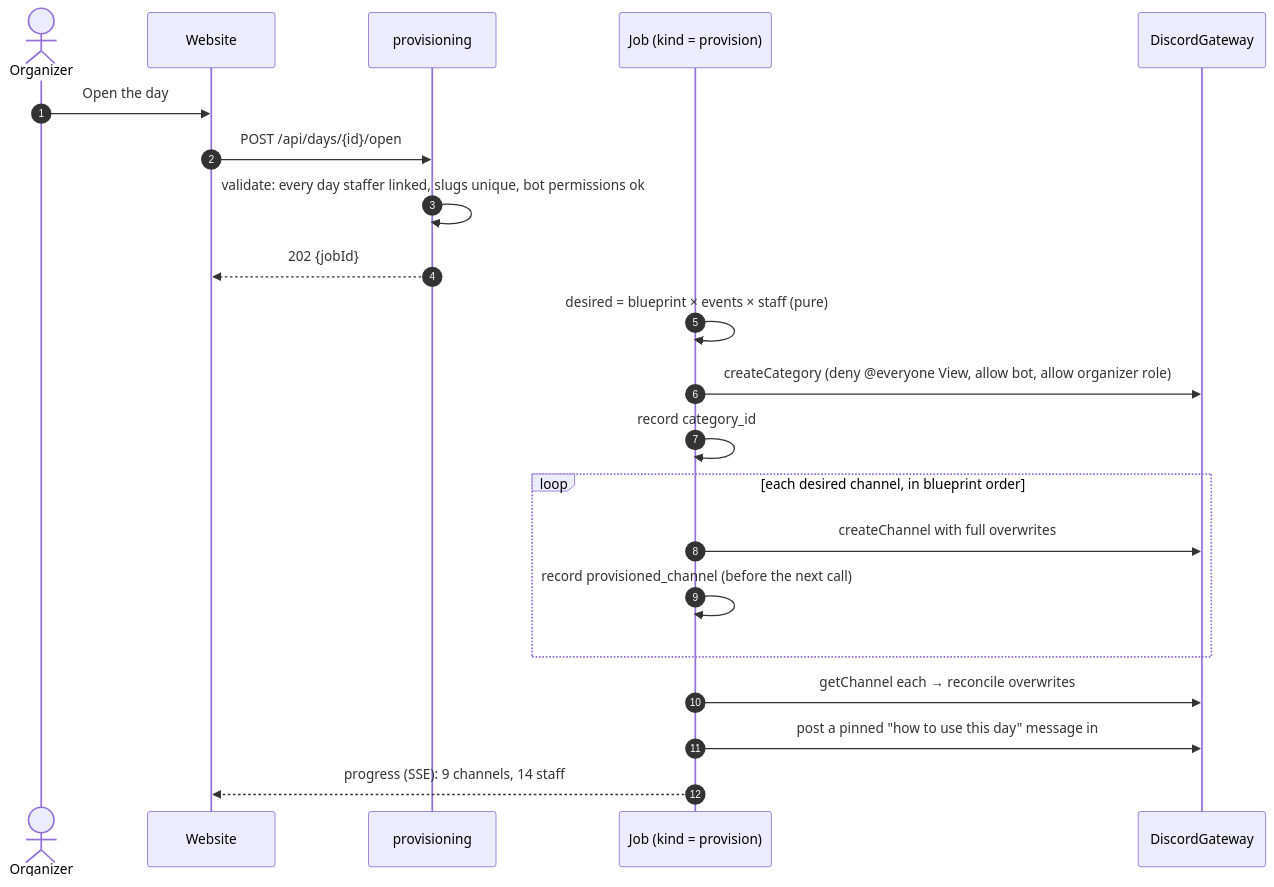
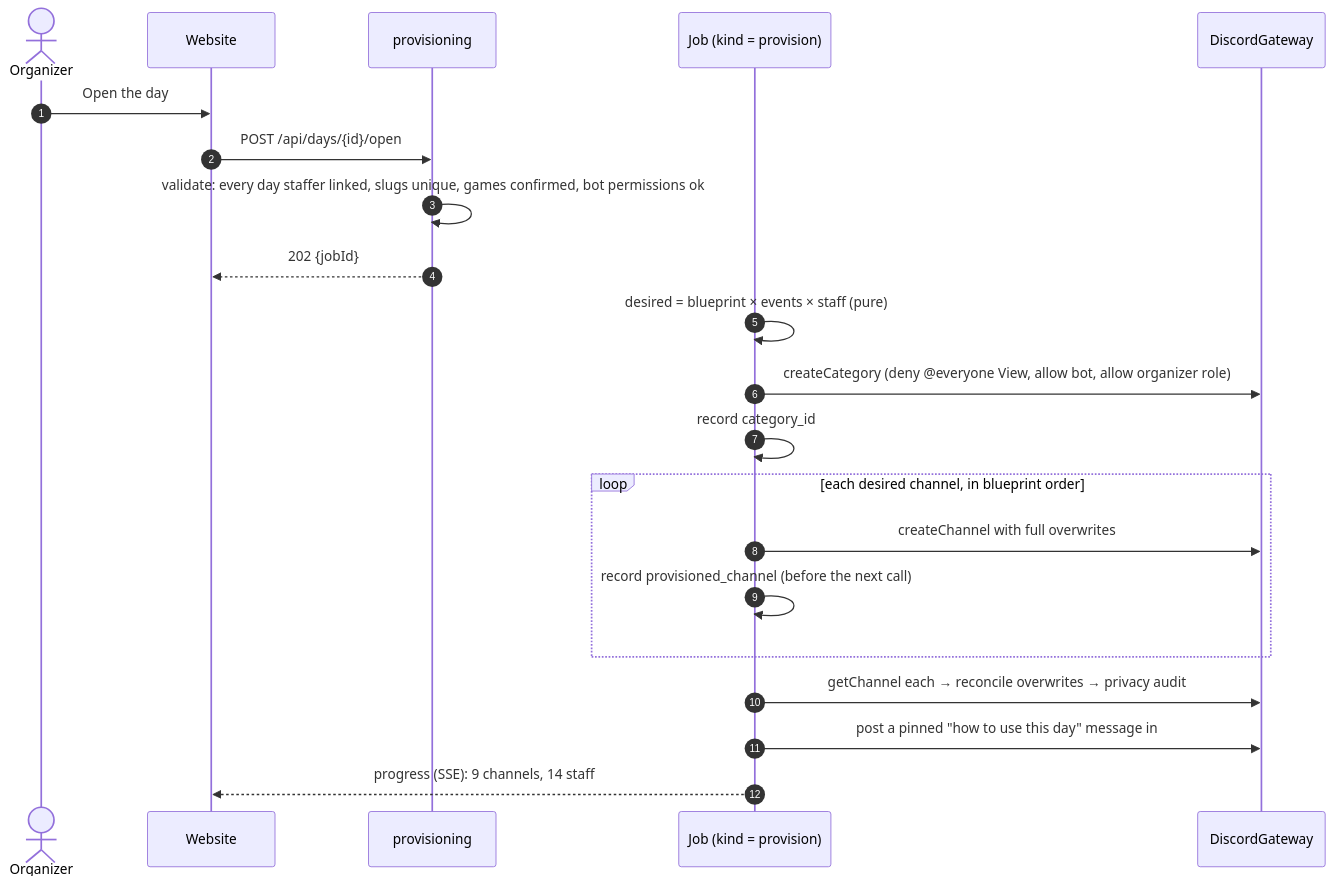
Before and after one commit to Towerism/discord-pokemon-tournament-genie: the third of 4 diagrams in docs/architecture/README.md, drawn with Mermaid. The commit also changed other lines of this file and 8 other files, not shown here.

First line of the commit message:
docs(architecture): address the adversarial review findings

````diff
--- a/docs/architecture/README.md
+++ b/docs/architecture/README.md
@@ -391,24 +442,24 @@
 ```mermaid
 sequenceDiagram
   autonumber
   actor O as Organizer
   participant W as Website
   participant P as provisioning
   participant J as Job (kind = provision)
   participant D as DiscordGateway
 
   O->>W: Open the day
   W->>P: POST /api/days/{id}/open
-  P->>P: validate: every day staffer linked, slugs unique, bot permissions ok
+  P->>P: validate: every day staffer linked, slugs unique, games confirmed, bot permissions ok
   P-->>W: 202 {jobId}
   J->>J: desired = blueprint × events × staff (pure)
   J->>D: createCategory (deny @everyone View, allow bot, allow organizer role)
   J->>J: record category_id
   loop each desired channel, in blueprint order
     J->>D: createChannel with full overwrites
     J->>J: record provisioned_channel (before the next call)
   end
-  J->>D: getChannel each → reconcile overwrites
+  J->>D: getChannel each → reconcile overwrites → privacy audit
   J->>D: post a pinned "how to use this day" message in #day-staff
   J-->>W: progress (SSE): 9 channels, 14 staff
 ```
````
